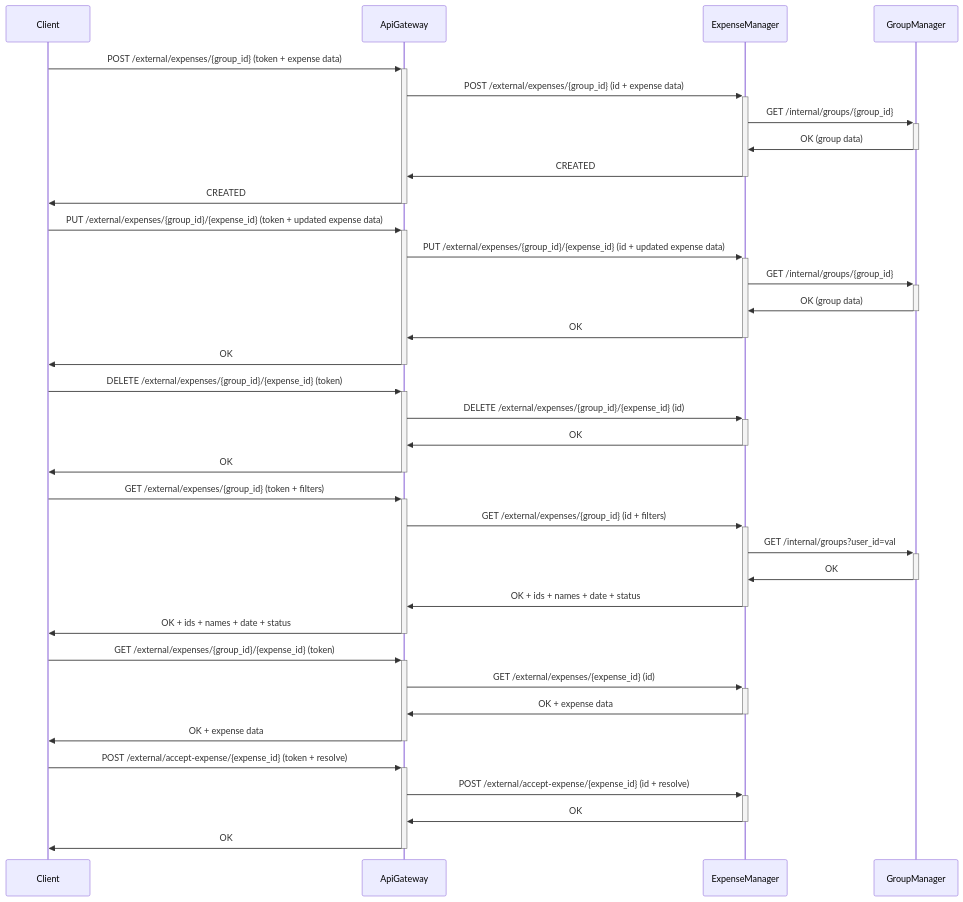
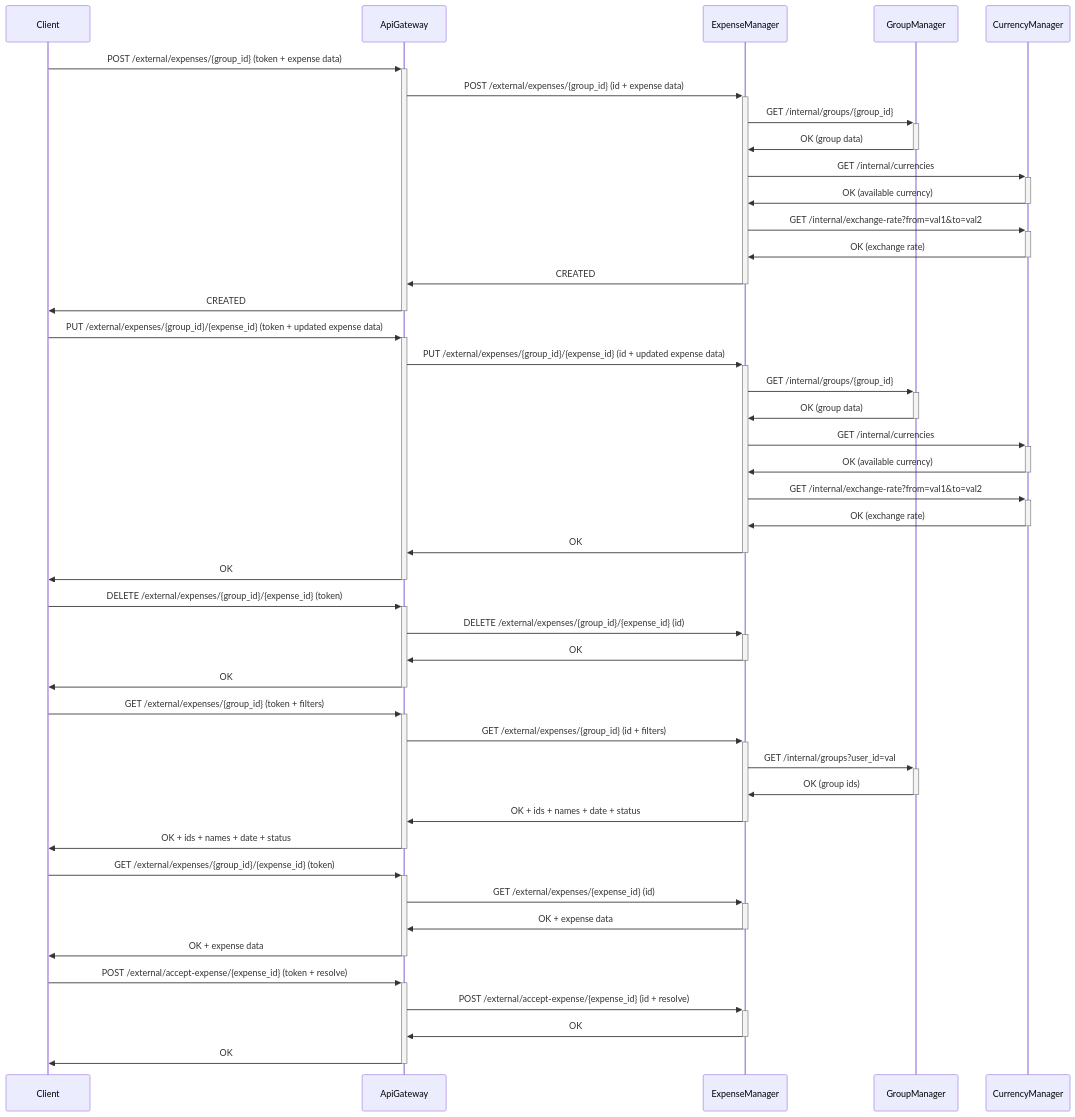
The fifth of 10 diagrams in docs/diagrams.md (Group-Expense-Manager/gem-docs), drawn with Mermaid before and after one commit. The commit also changed other lines of this file and 1 other file, not shown here.

Commit message:
added Report Creator & Payment Manager & Currency Manager & Finance Adapter contract

````diff
--- a/docs/diagrams.md
+++ b/docs/diagrams.md
@@ -164,41 +164,49 @@
 ``` mermaid
 sequenceDiagram
 
 Client->>+ApiGateway: POST /external/expenses/{group_id} (token + expense data)
 ApiGateway->>+ExpenseManager: POST /external/expenses/{group_id} (id + expense data)
 ExpenseManager->>+GroupManager: GET /internal/groups/{group_id}
 GroupManager->>-ExpenseManager: OK (group data)
+ExpenseManager->>+CurrencyManager: GET /internal/currencies
+CurrencyManager->>-ExpenseManager: OK (available currency)
+ExpenseManager->>+CurrencyManager: GET /internal/exchange-rate?from=val1&to=val2
+CurrencyManager->>-ExpenseManager: OK (exchange rate)
 ExpenseManager->>-ApiGateway: CREATED
 ApiGateway->>-Client: CREATED
 
 
 Client->>+ApiGateway: PUT /external/expenses/{group_id}/{expense_id} (token + updated expense data)
 ApiGateway->>+ExpenseManager: PUT /external/expenses/{group_id}/{expense_id} (id + updated expense data)
 ExpenseManager->>+GroupManager: GET /internal/groups/{group_id}
 GroupManager->>-ExpenseManager: OK (group data)
+ExpenseManager->>+CurrencyManager: GET /internal/currencies
+CurrencyManager->>-ExpenseManager: OK (available currency)
+ExpenseManager->>+CurrencyManager: GET /internal/exchange-rate?from=val1&to=val2
+CurrencyManager->>-ExpenseManager: OK (exchange rate)
 ExpenseManager->>-ApiGateway: OK
 ApiGateway->>-Client: OK
 
 Client->>+ApiGateway: DELETE /external/expenses/{group_id}/{expense_id} (token)
 ApiGateway->>+ExpenseManager: DELETE /external/expenses/{group_id}/{expense_id} (id)
 ExpenseManager->>-ApiGateway: OK
 ApiGateway->>-Client: OK
 
 Client->>+ApiGateway: GET /external/expenses/{group_id} (token + filters)
 ApiGateway->>+ExpenseManager: GET /external/expenses/{group_id} (id + filters)
 ExpenseManager->>+GroupManager: GET /internal/groups?user_id=val
-GroupManager->>-ExpenseManager: OK
+GroupManager->>-ExpenseManager: OK (group ids)
 ExpenseManager->>-ApiGateway: OK + ids + names  + date + status
 ApiGateway->>-Client: OK + ids + names  + date + status
 
 
 Client->>+ApiGateway: GET /external/expenses/{group_id}/{expense_id} (token)
 ApiGateway->>+ExpenseManager: GET /external/expenses/{expense_id} (id)
 ExpenseManager->>-ApiGateway: OK + expense data
 ApiGateway->>-Client: OK + expense data
 
 Client->>+ApiGateway: POST /external/accept-expense/{expense_id} (token + resolve)
 ApiGateway->>+ExpenseManager: POST /external/accept-expense/{expense_id} (id + resolve)
 ExpenseManager->>-ApiGateway: OK
 ApiGateway->>-Client: OK
 ```
````
